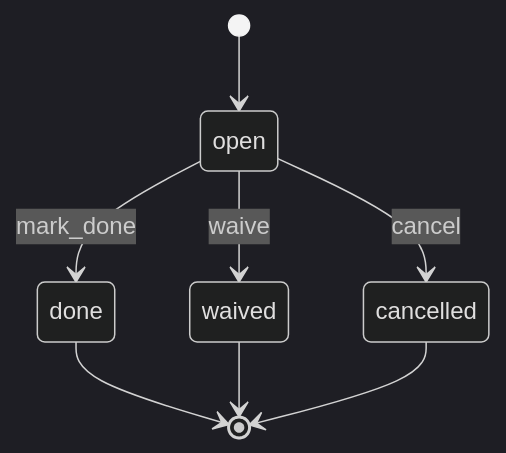
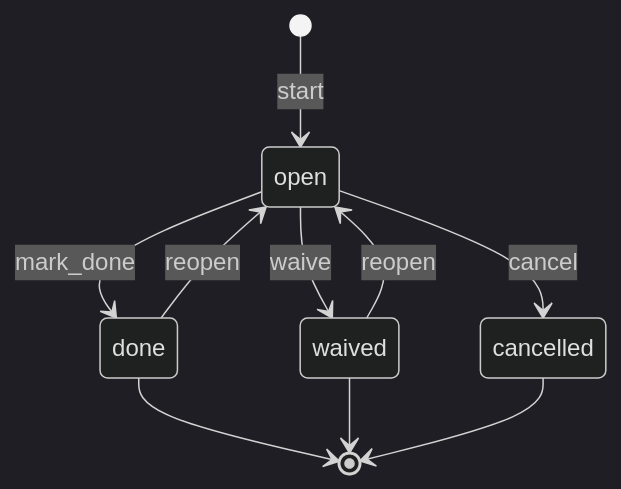
The third of 8 diagrams in docs/modules/wl-hr.md (renox-rs/white-label), drawn with Mermaid (dark theme) before and after one commit. The commit also changed other lines of this file and 38 other files, not shown here.

First line of the commit message:
Review G1-G7 for negative flows and completeness

````diff
--- a/docs/modules/wl-hr.md
+++ b/docs/modules/wl-hr.md
@@ -245,10 +282,12 @@
 ```mermaid
 stateDiagram-v2
-  [*] --> open
+  [*] --> open: start
   open --> done: mark_done
   open --> waived: waive
+  done --> open: reopen
+  waived --> open: reopen
   open --> cancelled: cancel
   done --> [*]
   waived --> [*]
   cancelled --> [*]
 ```
````
